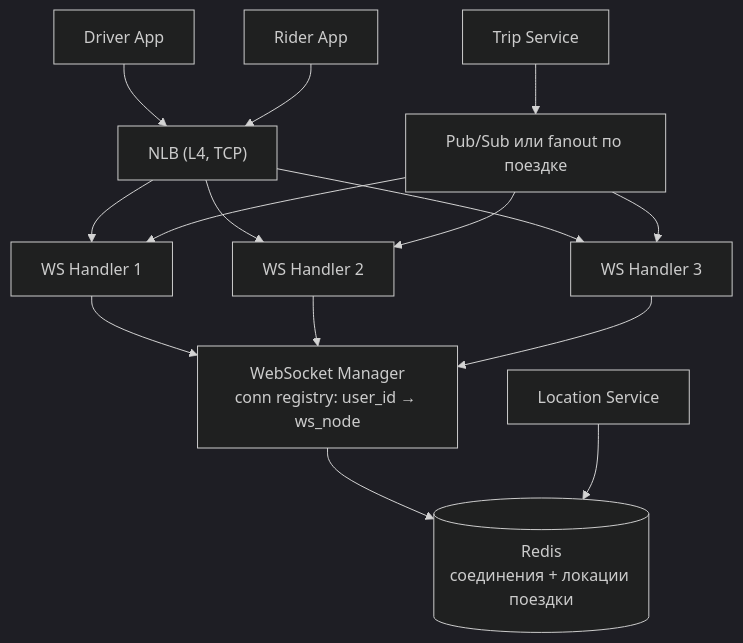
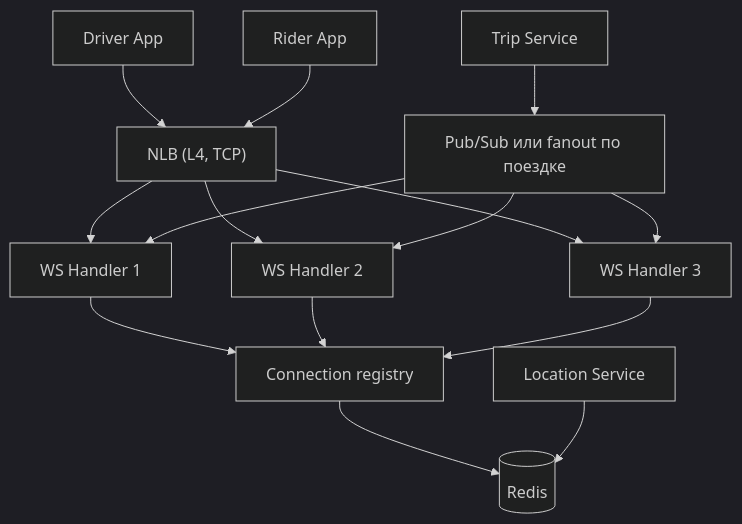
One commit to AlohaJava/system-design-interview-chamkin changed the third of 5 diagrams in 02-case-studies/ride-sharing.md. Above: the diagram before and after it, drawn with Mermaid (dark theme). The commit also changed other lines of this file and 49 other files, not shown here.

````diff
--- a/02-case-studies/ride-sharing.md
+++ b/02-case-studies/ride-sharing.md
@@ -383,17 +387,17 @@
 ```mermaid
 flowchart TD
     DA["Driver App"] --> NLB["NLB (L4, TCP)"]
     RA["Rider App"] --> NLB
     NLB --> W1["WS Handler 1"]
     NLB --> W2["WS Handler 2"]
     NLB --> W3["WS Handler 3"]
-    W1 --> WM["WebSocket Manager<br/>conn registry: user_id → ws_node"]
+    W1 --> WM["Connection registry"]
     W2 --> WM
     W3 --> WM
-    WM --> RD[("Redis<br/>соединения + локации поездки")]
+    WM --> RD[("Redis")]
     LS["Location Service"] --> RD
     TS["Trip Service"] --> PUB["Pub/Sub или fanout по поездке"]
     PUB --> W1
     PUB --> W2
     PUB --> W3
 ```
````
